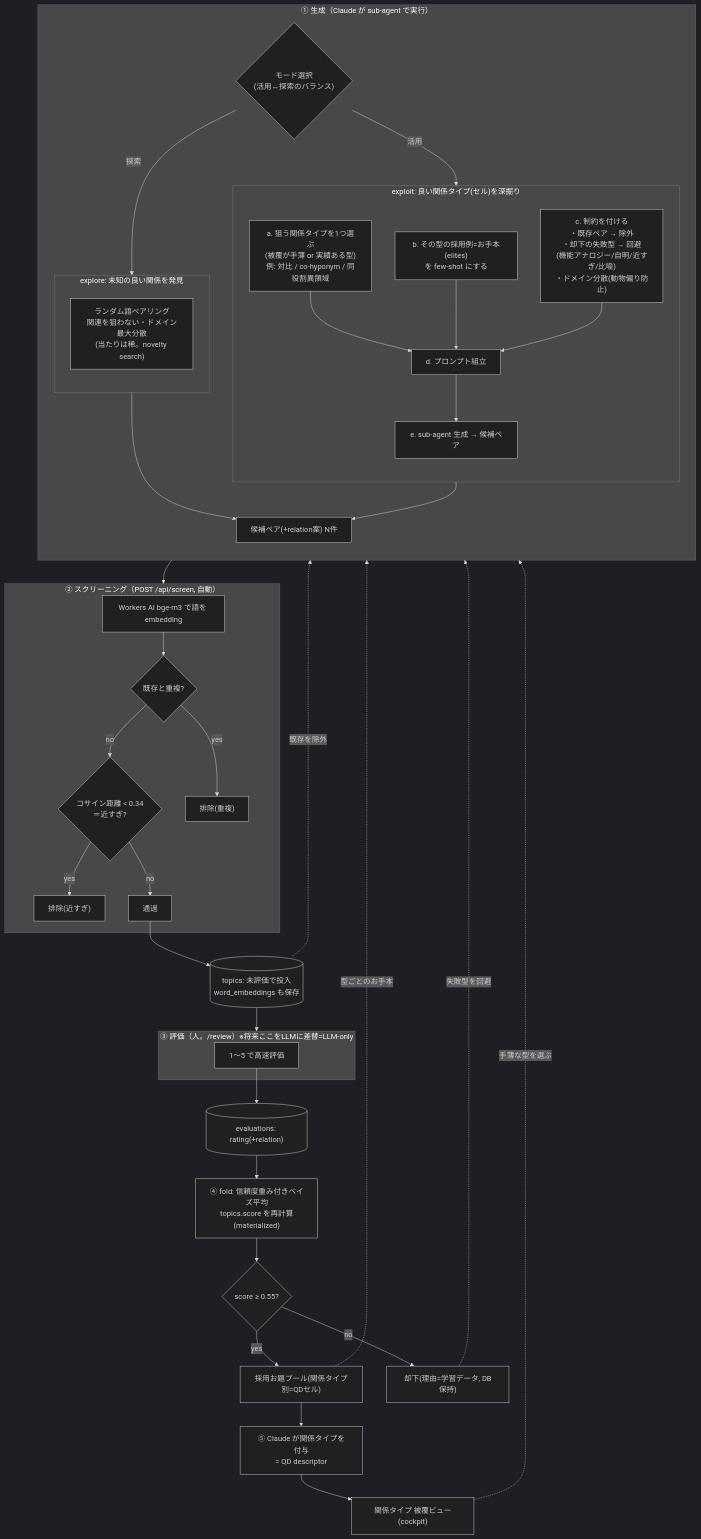
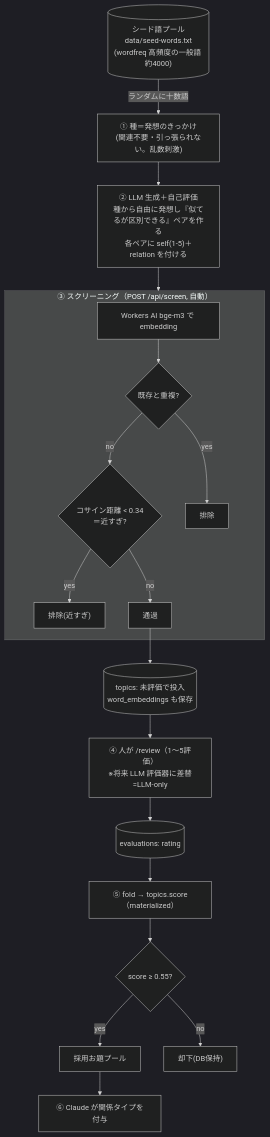
The diagram in docs/odai-generation-flow.md (sushidesu/wordninja2), drawn with Mermaid (dark theme) before and after one commit. The commit also changed other lines of this file and 2 other files, not shown here.

Commit message:
feat(topics): seed-based generation, retire QD machinery (ADR 0004)
- 生成を「種ベース」に簡素化。辞書(wordfreq 高頻度の一般語 約4000)から
  作った data/seed-words.txt をランダムに引き、LLM に「発想のきっかけ」
  として渡す(種に関連させる必要はない=mode collapse を崩す乱数刺激)。
  LLM が自由生成＋自己評価、以降は screen→人レビュー→fold。
- 退役: exploit/explore モード、QDアーカイブのセル(PICK/ELITE)、
  elites-few-shot、被覆ドリブン生成。hit-rate を上げず複雑なだけだった。
  多様性はアーカイブ被覆でなく種のランダム性で出す。
- ADR 0004 追加、フロー図を簡素版に更新。評価/fold/screen は不変。

````diff
--- a/docs/odai-generation-flow.md
+++ b/docs/odai-generation-flow.md
@@ -5,65 +5,27 @@
 ```mermaid
 flowchart TB
-  subgraph GEN["① 生成（Claude が sub-agent で実行）"]
-    direction TB
-    MODE{"モード選択<br/>(活用↔探索のバランス)"}
+  POOL[("シード語プール<br/>data/seed-words.txt<br/>(wordfreq 高頻度の一般語 約4000)")]
+  POOL -->|"ランダムに十数語"| SEED["① 種＝発想のきっかけ<br/>(関連不要・引っ張られない。乱数刺激)"]
+  SEED --> GEN["② LLM 生成＋自己評価<br/>種から自由に発想し『似てるが区別できる』ペアを作る<br/>各ペアに self(1-5)＋relation を付ける"]
+  GEN --> SCREEN
 
-    subgraph EXPLOIT["exploit: 良い関係タイプ(セル)を深掘り"]
-      direction TB
-      PICK["a. 狙う関係タイプを1つ選ぶ<br/>(被覆が手薄 or 実績ある型)<br/>例: 対比 / co-hyponym / 同役割異領域"]
-      ELITE["b. その型の採用例=お手本(elites)<br/>を few-shot にする"]
-      CONS["c. 制約を付ける<br/>・既存ペア → 除外<br/>・却下の失敗型 → 回避<br/>(機能アナロジー/自明/近すぎ/比喩)<br/>・ドメイン分散(動物偏り防止)"]
-      PROMPT["d. プロンプト組立"]
-      AGENTX["e. sub-agent 生成 → 候補ペア"]
-      PICK --> PROMPT
-      ELITE --> PROMPT
-      CONS --> PROMPT
-      PROMPT --> AGENTX
-    end
-
-    subgraph EXPLORE["explore: 未知の良い関係を発見"]
-      direction TB
-      RND["ランダム語ペアリング<br/>関連を狙わない・ドメイン最大分散<br/>(当たりは稀。novelty search)"]
-    end
-
-    MODE -- "活用" --> EXPLOIT
-    MODE -- "探索" --> EXPLORE
-    AGENTX --> OUT["候補ペア(+relation案) N件"]
-    RND --> OUT
-  end
-
-  OUT --> SCREEN
-
-  subgraph SCREEN["② スクリーニング（POST /api/screen, 自動）"]
-    EMB["Workers AI bge-m3 で語を embedding"]
+  subgraph SCREEN["③ スクリーニング（POST /api/screen, 自動）"]
+    EMB["Workers AI bge-m3 で embedding"]
     DUP{"既存と重複?"}
     NEAR{"コサイン距離 < 0.34<br/>＝近すぎ?"}
     EMB --> DUP
-    DUP -- "yes" --> D1["排除(重複)"]
+    DUP -- "yes" --> X1["排除"]
     DUP -- "no" --> NEAR
-    NEAR -- "yes" --> D2["排除(近すぎ)"]
+    NEAR -- "yes" --> X2["排除(近すぎ)"]
     NEAR -- "no" --> PASS["通過"]
   end
 
   PASS --> TOPICS[("topics: 未評価で投入<br/>word_embeddings も保存")]
-  TOPICS --> REVIEW
-
-  subgraph REVIEW["③ 評価（人。/review）※将来ここをLLMに差替=LLM-only"]
-    RATE["1〜5 で高速評価"]
-  end
-
-  RATE --> EVALS[("evaluations: rating(+relation)")]
-  EVALS --> FOLD["④ fold: 信頼度重み付きベイズ平均<br/>topics.score を再計算(materialized)"]
+  TOPICS --> REVIEW["④ 人が /review（1〜5評価）<br/>※将来 LLM 評価器に差替=LLM-only"]
+  REVIEW --> EVALS[("evaluations: rating")]
+  EVALS --> FOLD["⑤ fold → topics.score（materialized）"]
   FOLD --> ACC{"score ≥ 0.55?"}
-  ACC -- "yes" --> ACCEPTED["採用お題プール(関係タイプ別=QDセル)"]
-  ACC -- "no" --> REJECTED["却下(理由=学習データ, DB保持)"]
-
-  ACCEPTED --> LABEL["⑤ Claude が関係タイプを付与<br/>= QD descriptor"]
-  LABEL --> COV["関係タイプ 被覆ビュー(cockpit)"]
-
-  %% ループの学習（exploit の各入力に戻る）
-  COV -. "手薄な型を選ぶ" .-> PICK
-  ACCEPTED -. "型ごとのお手本" .-> ELITE
-  REJECTED -. "失敗型を回避" .-> CONS
-  TOPICS -. "既存を除外" .-> CONS
+  ACC -- "yes" --> ACCEPTED["採用お題プール"]
+  ACC -- "no" --> REJECTED["却下(DB保持)"]
+  ACCEPTED --> LABEL["⑥ Claude が関係タイプを付与"]
 ```
````
